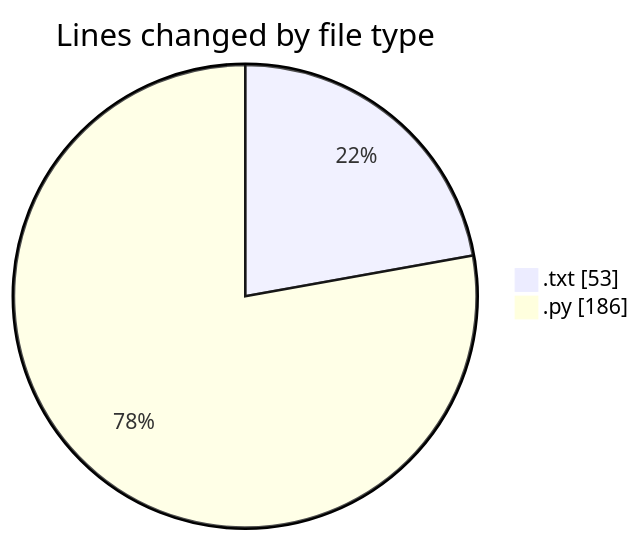
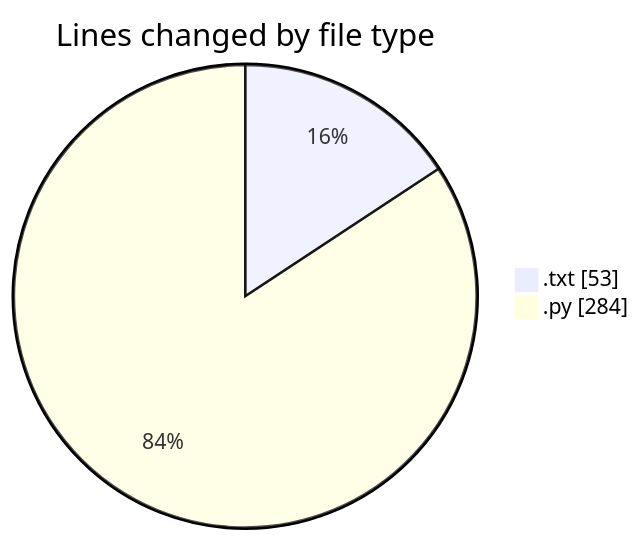
One commit to MatusMokan/code-tracking changed the first of 2 diagrams in 2025-01-22/myws__workspace_/README.md. Above: the diagram before and after it, drawn with Mermaid. The commit also changed other lines of this file and 1 other file, not shown here.

````diff
--- a/2025-01-22/myws__workspace_/README.md
+++ b/2025-01-22/myws__workspace_/README.md
@@ -21,6 +22,6 @@
 ```mermaid
 pie showData
 title Lines changed by file type
 ".txt" : 53
-".py" : 186
+".py" : 284
 ```
````
